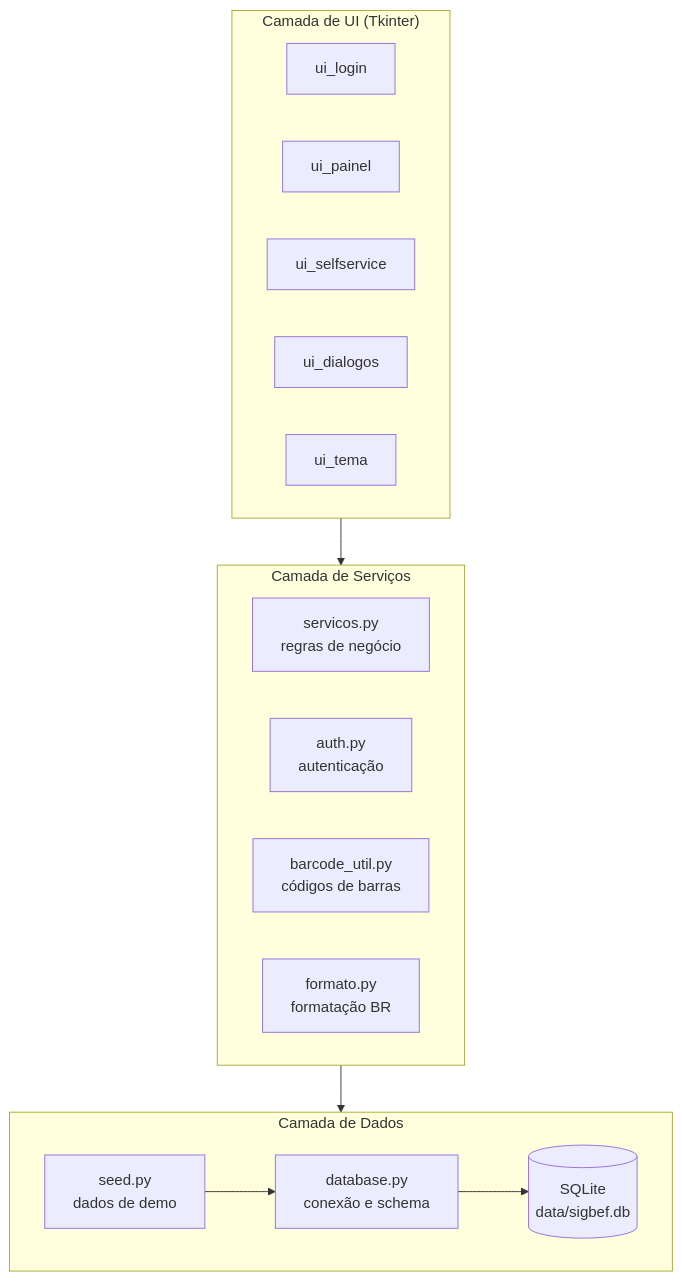
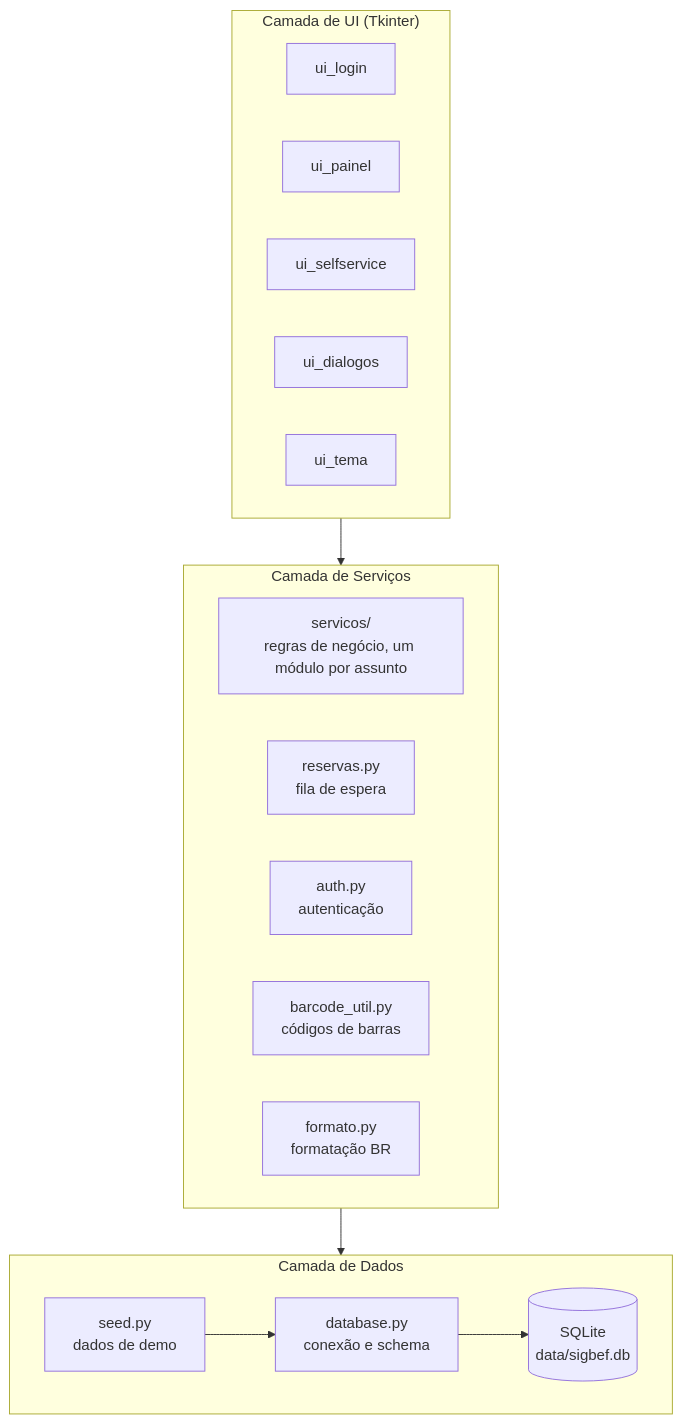
Before and after one commit to marcelin1555/SIGBEF: the first of 3 diagrams in README.md, drawn with Mermaid. The commit also changed other lines of this file and 28 other files, not shown here.

````diff
--- a/README.md
+++ b/README.md
@@ -387,28 +387,29 @@
 ```mermaid
 flowchart TB
     subgraph UI["Camada de UI (Tkinter)"]
         login[ui_login]
         painel[ui_painel]
         kiosk[ui_selfservice]
         dialogos[ui_dialogos]
         tema[ui_tema]
     end
 
     subgraph SVC["Camada de Serviços"]
-        servicos[servicos.py<br/>regras de negócio]
+        servicos[servicos/<br/>regras de negócio, um módulo por assunto]
+        reservas[reservas.py<br/>fila de espera]
         auth[auth.py<br/>autenticação]
         barcode[barcode_util.py<br/>códigos de barras]
         formato[formato.py<br/>formatação BR]
     end
 
     subgraph DATA["Camada de Dados"]
         database[database.py<br/>conexão e schema]
         seed[seed.py<br/>dados de demo]
         sqlite[(SQLite<br/>data/sigbef.db)]
     end
 
     UI --> SVC
     SVC --> DATA
     database --> sqlite
     seed --> database
 ```
````
